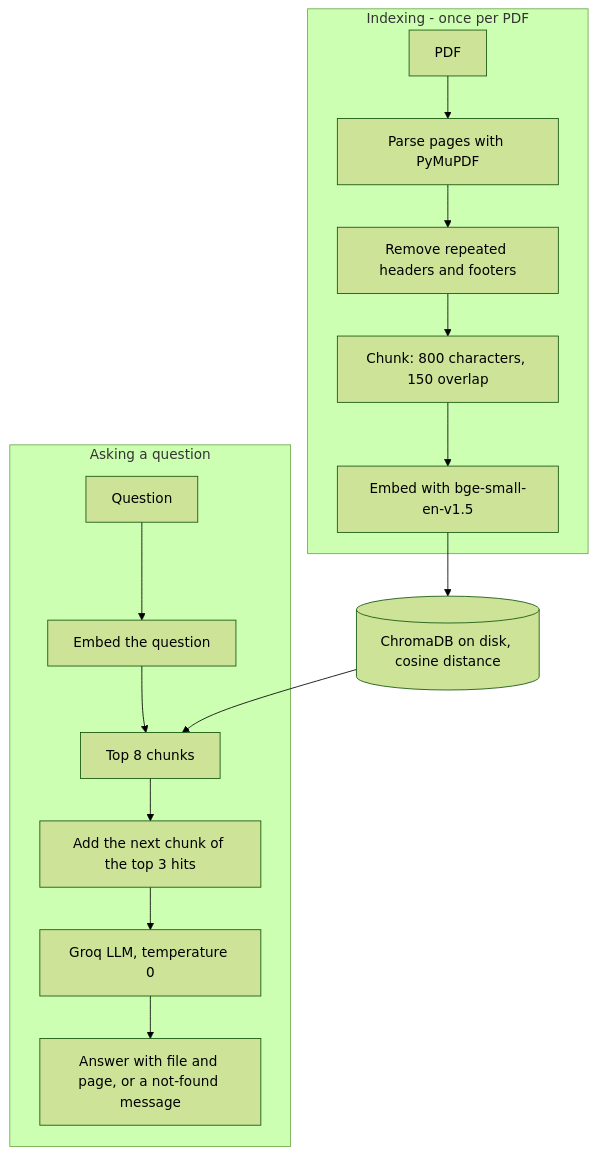
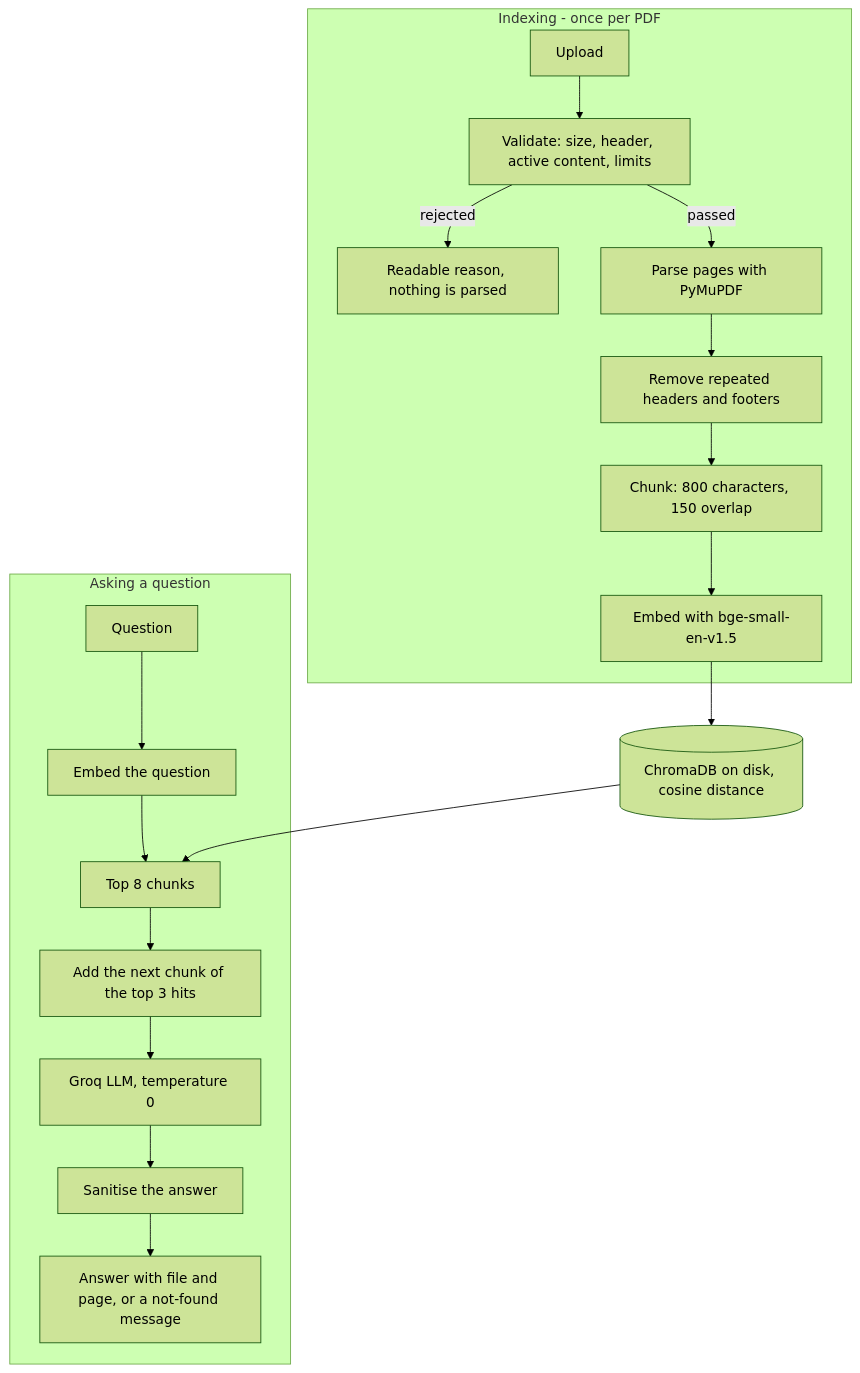
One commit to daxpatel7/DocMind changed the first of 3 diagrams in README.md. Above: the diagram before and after it, drawn with Mermaid (forest theme). The commit also changed other lines of this file and 4 other files, not shown here.

First line of the commit message:
Rewrite README with architecture, measured results and limits

````diff
--- a/README.md
+++ b/README.md
@@ -54,18 +70,21 @@
 ```mermaid
 flowchart TB
     subgraph IDX["Indexing - once per PDF"]
-        A["PDF"] --> B["Parse pages with PyMuPDF"]
+        U["Upload"] --> V["Validate: size, header, active content, limits"]
+        V -- "rejected" --> X["Readable reason, nothing is parsed"]
+        V -- "passed" --> B["Parse pages with PyMuPDF"]
         B --> C["Remove repeated headers and footers"]
         C --> D["Chunk: 800 characters, 150 overlap"]
         D --> E["Embed with bge-small-en-v1.5"]
     end
     E --> DB[("ChromaDB on disk, cosine distance")]
     subgraph ASK["Asking a question"]
         Q["Question"] --> QE["Embed the question"]
         QE --> R["Top 8 chunks"]
         R --> N["Add the next chunk of the top 3 hits"]
         N --> L["Groq LLM, temperature 0"]
-        L --> OUT["Answer with file and page, or a not-found message"]
+        L --> S["Sanitise the answer"]
+        S --> OUT["Answer with file and page, or a not-found message"]
     end
     DB --> R
 ```
````
